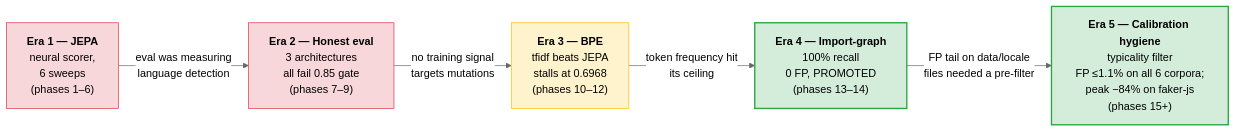
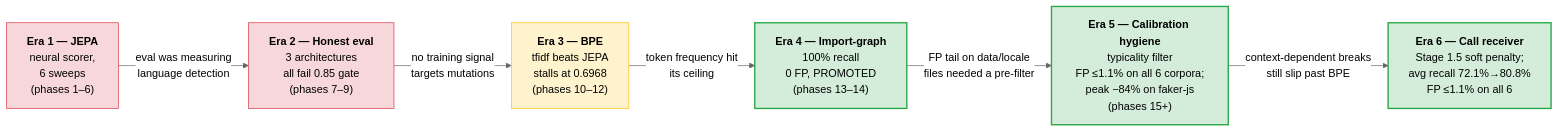
The first of 6 diagrams in docs/research/README.md (get-tmonier/argot), drawn with Mermaid (neutral theme) before and after one commit. The commit also changed other lines of this file and 6 other files, not shown here.

````diff
--- a/docs/research/README.md
+++ b/docs/research/README.md
@@ -17,20 +20,24 @@
 ```mermaid
 flowchart LR
     E1["<b>Era 1 — JEPA</b><br/>neural scorer,<br/>6 sweeps<br/>(phases 1–6)"]
     E2["<b>Era 2 — Honest eval</b><br/>3 architectures<br/>all fail 0.85 gate<br/>(phases 7–9)"]
     E3["<b>Era 3 — BPE</b><br/>tfidf beats JEPA<br/>stalls at 0.6968<br/>(phases 10–12)"]
     E4["<b>Era 4 — Import-graph</b><br/>100% recall<br/>0 FP, PROMOTED<br/>(phases 13–14)"]
 
     E1 -->|"eval was measuring<br/>language detection"| E2
     E2 -->|"no training signal<br/>targets mutations"| E3
     E3 -->|"token frequency hit<br/>its ceiling"| E4
     E4 -->|"FP tail on data/locale<br/>files needed a pre-filter"| E5
 
     E5["<b>Era 5 — Calibration hygiene</b><br/>typicality filter<br/>FP ≤1.1% on all 6 corpora;<br/>peak −84% on faker-js<br/>(phases 15+)"]
 
+    E5 -->|"context-dependent breaks<br/>still slip past BPE"| E6
+    E6["<b>Era 6 — Call receiver</b><br/>Stage 1.5 soft penalty;<br/>avg recall 72.1%→80.8%<br/>FP ≤1.1% on all 6"]
+
     style E4 fill:#d4edda,stroke:#28a745,stroke-width:2px
     style E5 fill:#d4edda,stroke:#28a745,stroke-width:2px
+    style E6 fill:#d4edda,stroke:#28a745,stroke-width:2px
     style E1 fill:#f8d7da,stroke:#dc3545
     style E2 fill:#f8d7da,stroke:#dc3545
     style E3 fill:#fff3cd,stroke:#ffc107
 ```
````
